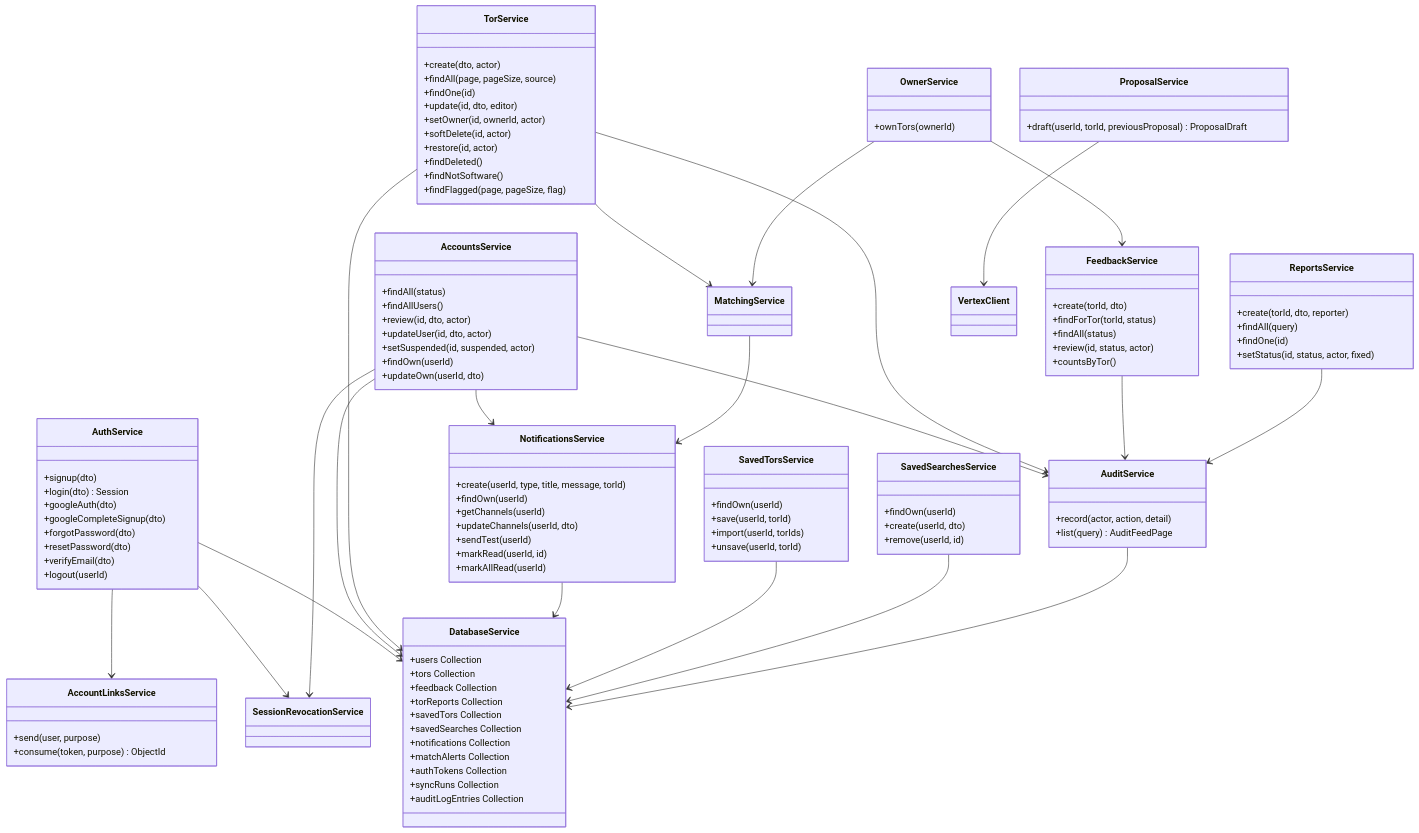
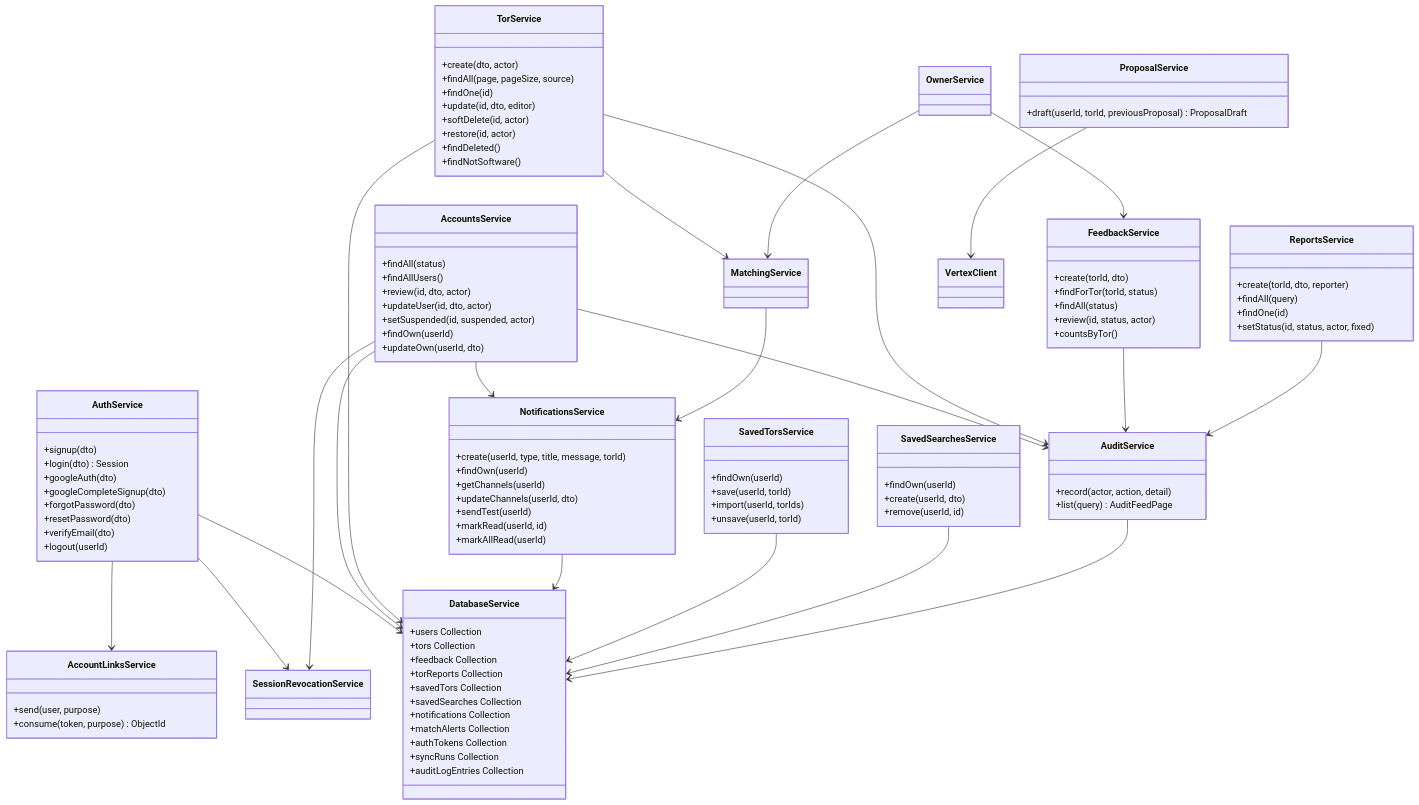
The second of 2 diagrams in docs/design/class-diagram.md (PhomMaiWai/TorFinder), drawn with Mermaid before and after one commit. The commit also changed 81 other files, not shown here.

```diff
--- a/docs/design/class-diagram.md
+++ b/docs/design/class-diagram.md
@@ -157,12 +157,10 @@
         +findAll(page, pageSize, source)
         +findOne(id)
         +update(id, dto, editor)
-        +setOwner(id, ownerId, actor)
         +softDelete(id, actor)
         +restore(id, actor)
         +findDeleted()
         +findNotSoftware()
-        +findFlagged(page, pageSize, flag)
     }
     class FeedbackService {
         +create(torId, dto)
@@ -176,9 +174,6 @@
         +findAll(query)
         +findOne(id)
         +setStatus(id, status, actor, fixed)
-    }
-    class OwnerService {
-        +ownTors(ownerId)
     }
     class ProposalService {
         +draft(userId, torId, previousProposal) ProposalDraft
```
